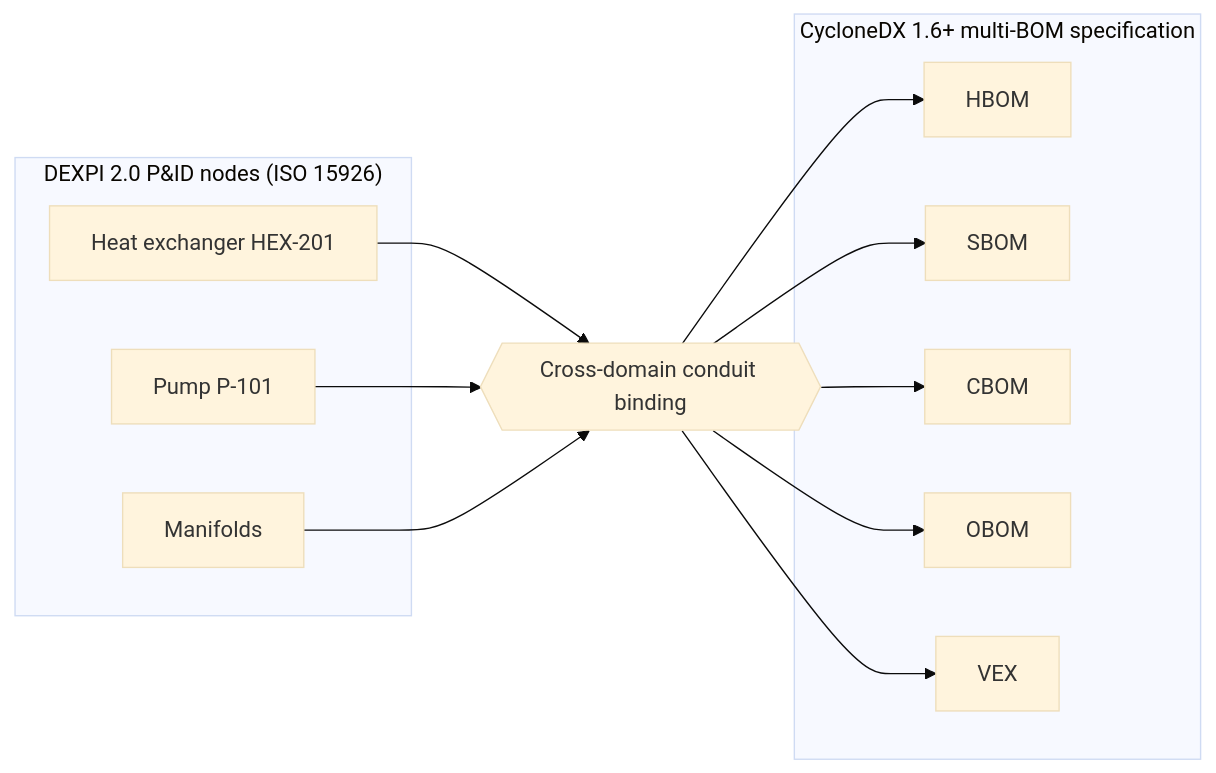
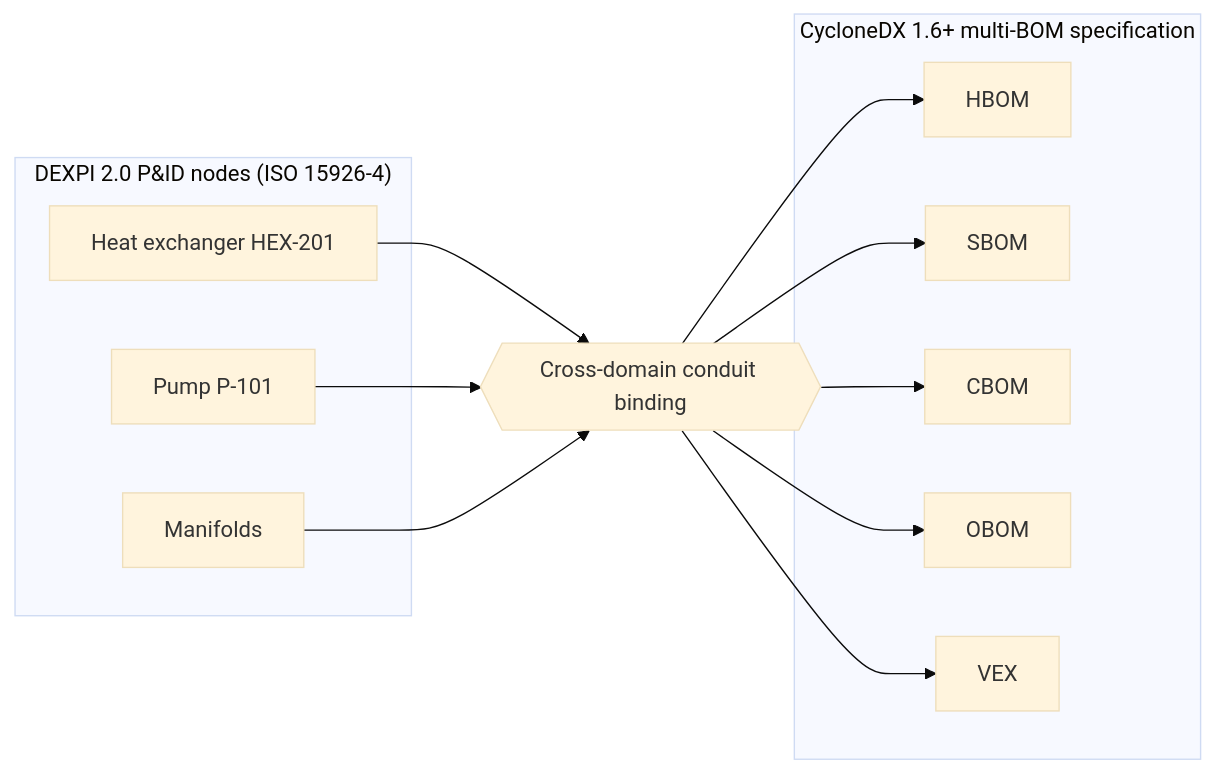
The first of 3 diagrams in references/WG-07-TM-Threat-Modeling/WG-07-TM-CyHAZOP-Methodology.md (Planet9V/eigenia), drawn with Mermaid (base theme) before and after one commit. The commit also changed other lines of this file and 12 other files, not shown here.

````diff
--- a/references/WG-07-TM-Threat-Modeling/WG-07-TM-CyHAZOP-Methodology.md
+++ b/references/WG-07-TM-Threat-Modeling/WG-07-TM-CyHAZOP-Methodology.md
@@ -42,24 +42,24 @@
 ```mermaid
 flowchart LR
-    subgraph L["DEXPI 2.0 P&ID nodes (ISO 15926)"]
+    subgraph L["DEXPI 2.0 P&ID nodes (ISO 15926-4)"]
         HEX["Heat exchanger HEX-201"]
         PUMP["Pump P-101"]
         MAN["Manifolds"]
     end
     BIND{{"Cross-domain conduit binding"}}
     subgraph R["CycloneDX 1.6+ multi-BOM specification"]
         HBOM["HBOM"]
         SBOM["SBOM"]
         CBOM["CBOM"]
         OBOM["OBOM"]
         VEX["VEX"]
     end
     HEX --> BIND
     PUMP --> BIND
     MAN --> BIND
     BIND --> HBOM
     BIND --> SBOM
     BIND --> CBOM
     BIND --> OBOM
     BIND --> VEX
 ```
````
